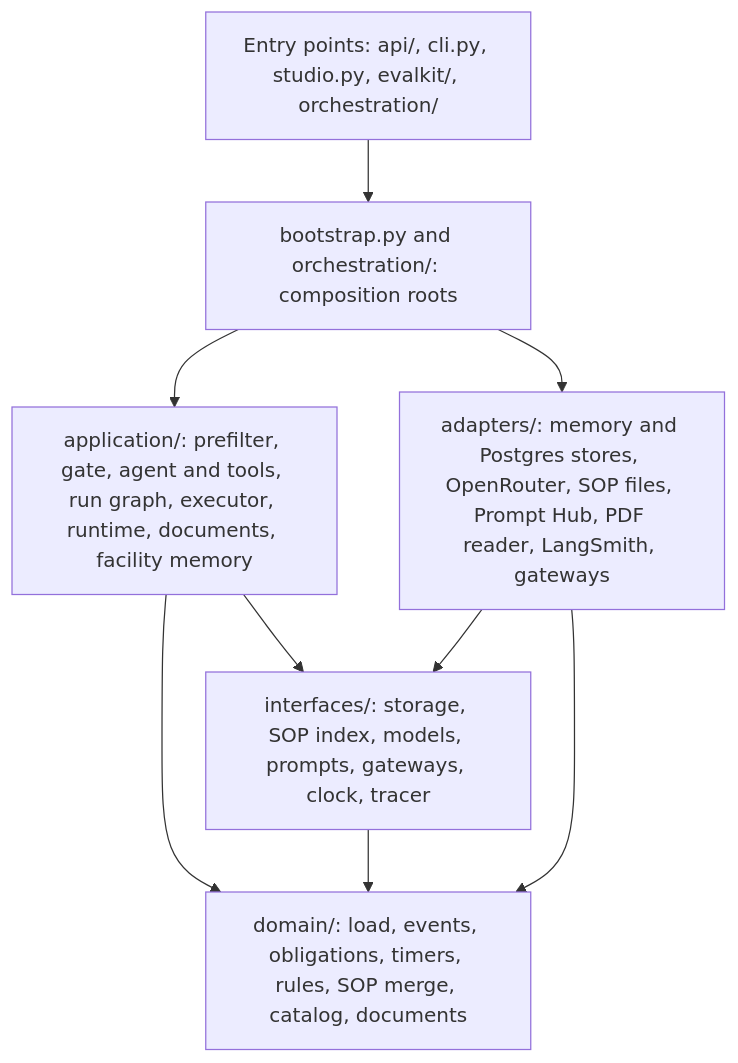
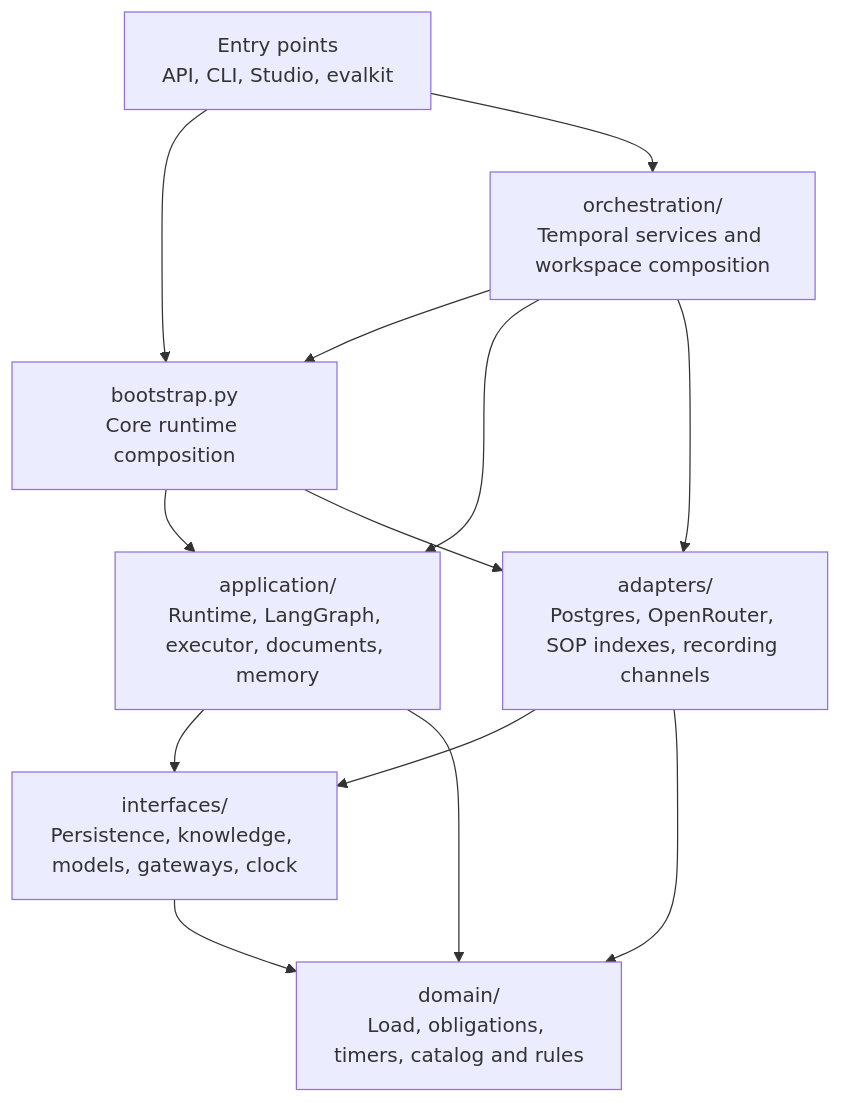
One commit to pedrocwb/freight-hero-assessment changed the second of 14 diagrams in docs/architecture.md. Above: the diagram before and after it, drawn with Mermaid. The commit also changed other lines of this file and 1 other file, not shown here.

Commit message:
docs: redraw architecture diagrams for durable broker operations

````diff
--- a/docs/architecture.md
+++ b/docs/architecture.md
@@ -86,18 +76,23 @@
 ```mermaid
 flowchart TB
-  entry["Entry points: api/, cli.py, studio.py, evalkit/, orchestration/"]
-  boot["bootstrap.py and orchestration/: composition roots"]
-  app["application/: prefilter, gate, agent and tools, run graph, executor, runtime, documents, facility memory"]
-  interfaces["interfaces/: storage, SOP index, models, prompts, gateways, clock, tracer"]
-  domain["domain/: load, events, obligations, timers, rules, SOP merge, catalog, documents"]
-  adapters["adapters/: memory and Postgres stores, OpenRouter, SOP files, Prompt Hub, PDF reader, LangSmith, gateways"]
+  entry["Entry points<br/>API, CLI, Studio, evalkit"]
+  core["bootstrap.py<br/>Core runtime composition"]
+  durable["orchestration/<br/>Temporal services and workspace composition"]
+  app["application/<br/>Runtime, LangGraph, executor, documents, memory"]
+  ports["interfaces/<br/>Persistence, knowledge, models, gateways, clock"]
+  adapters["adapters/<br/>Postgres, OpenRouter, SOP indexes, recording channels"]
+  domain["domain/<br/>Load, obligations, timers, catalog and rules"]
 
-  entry --> boot
-  boot --> app
-  boot --> adapters
-  app --> interfaces
+  entry --> core
+  entry --> durable
+  durable --> core
+  durable --> app
+  durable --> adapters
+  core --> app
+  core --> adapters
+  app --> ports
   app --> domain
-  interfaces --> domain
-  adapters --> interfaces
+  adapters --> ports
   adapters --> domain
+  ports --> domain
 ```
````
